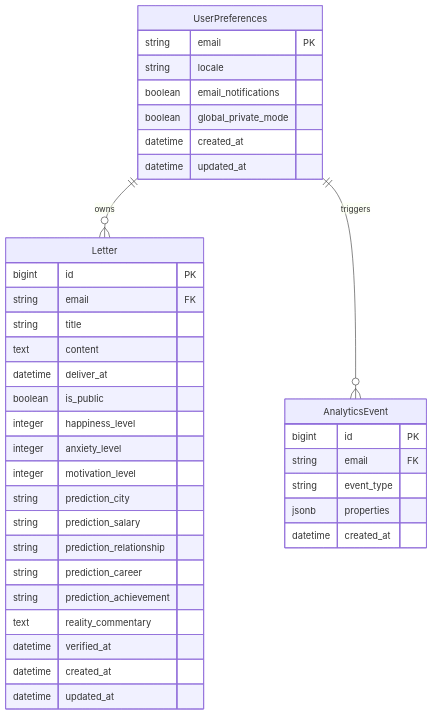
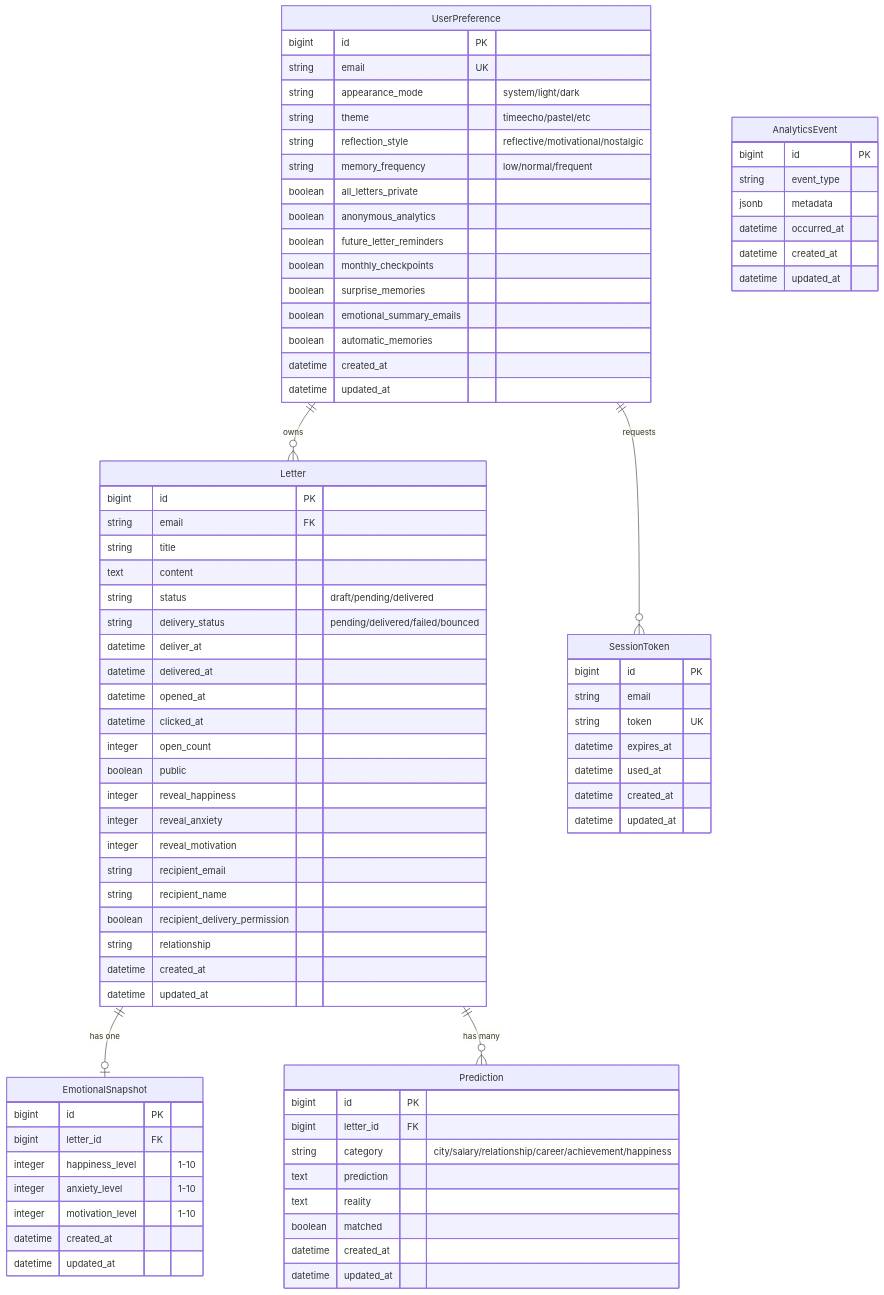
Before and after one commit to nmenag/time_echo: the third of 5 diagrams in docs/architecture.md, drawn with Mermaid. The commit also changed other lines of this file and 14 other files, not shown here.

````diff
--- a/docs/architecture.md
+++ b/docs/architecture.md
@@ -88,10 +145,19 @@
 ```mermaid
 erDiagram
-    UserPreferences {
-        string email PK
-        string locale
-        boolean email_notifications
-        boolean global_private_mode
+    UserPreference {
+        bigint id PK
+        string email UK
+        string appearance_mode "system/light/dark"
+        string theme "timeecho/pastel/etc"
+        string reflection_style "reflective/motivational/nostalgic"
+        string memory_frequency "low/normal/frequent"
+        boolean all_letters_private
+        boolean anonymous_analytics
+        boolean future_letter_reminders
+        boolean monthly_checkpoints
+        boolean surprise_memories
+        boolean emotional_summary_emails
+        boolean automatic_memories
         datetime created_at
         datetime updated_at
     }
@@ -101,30 +167,67 @@
         string email FK
         string title
         text content
+        string status "draft/pending/delivered"
+        string delivery_status "pending/delivered/failed/bounced"
         datetime deliver_at
-        boolean is_public
-        integer happiness_level
-        integer anxiety_level
-        integer motivation_level
-        string prediction_city
-        string prediction_salary
-        string prediction_relationship
-        string prediction_career
-        string prediction_achievement
-        text reality_commentary
-        datetime verified_at
+        datetime delivered_at
+        datetime opened_at
+        datetime clicked_at
+        integer open_count
+        boolean public
+        integer reveal_happiness
+        integer reveal_anxiety
+        integer reveal_motivation
+        string recipient_email
+        string recipient_name
+        boolean recipient_delivery_permission
+        string relationship
+        datetime created_at
+        datetime updated_at
+    }
+
+    Prediction {
+        bigint id PK
+        bigint letter_id FK
+        string category "city/salary/relationship/career/achievement/happiness"
+        text prediction
+        text reality
+        boolean matched
+        datetime created_at
+        datetime updated_at
+    }
+
+    EmotionalSnapshot {
+        bigint id PK
+        bigint letter_id FK
+        integer happiness_level "1-10"
+        integer anxiety_level "1-10"
+        integer motivation_level "1-10"
         datetime created_at
         datetime updated_at
     }
 
     AnalyticsEvent {
         bigint id PK
-        string email FK
         string event_type
-        jsonb properties
+        jsonb metadata
+        datetime occurred_at
         datetime created_at
+        datetime updated_at
     }
 
-    UserPreferences ||--o{ Letter : "owns"
-    UserPreferences ||--o{ AnalyticsEvent : "triggers"
+    SessionToken {
+        bigint id PK
+        string email
+        string token UK
+        datetime expires_at
+        datetime used_at
+        datetime created_at
+        datetime updated_at
+    }
+
+    UserPreference ||--o{ Letter : "owns"
+    Letter ||--o| EmotionalSnapshot : "has one"
+    Letter ||--o{ Prediction : "has many"
+    UserPreference ||--o{ SessionToken : "requests"
 ```
````
